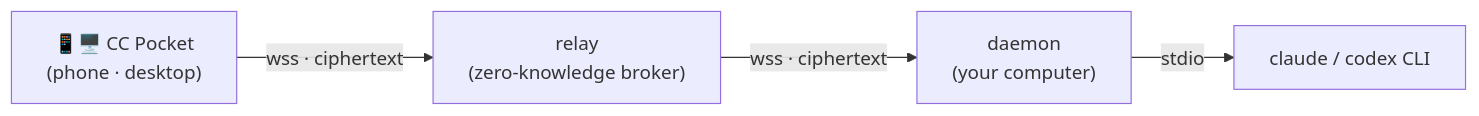
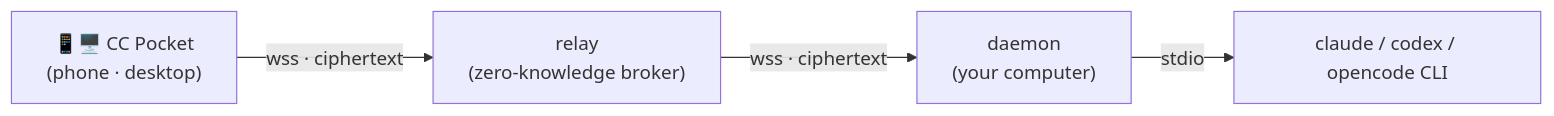
Before and after one commit to heypandax/pairlet: the diagram in README.md, drawn with Mermaid. The commit also changed other lines of this file and 16 other files, not shown here.

````diff
--- a/README.md
+++ b/README.md
@@ -29,6 +29,6 @@
 ```mermaid
 flowchart LR
     phone["📱🖥️ CC Pocket<br/>(phone · desktop)"] -- "wss · ciphertext" --> relay["relay<br/>(zero-knowledge broker)"]
     relay -- "wss · ciphertext" --> daemon["daemon<br/>(your computer)"]
-    daemon -- "stdio" --> agent["claude / codex CLI"]
+    daemon -- "stdio" --> agent["claude / codex / opencode CLI"]
 ```
````
